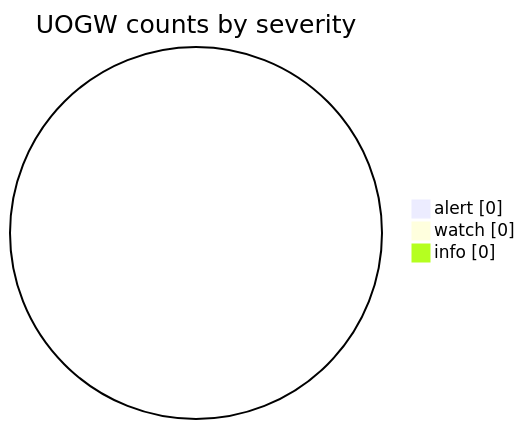
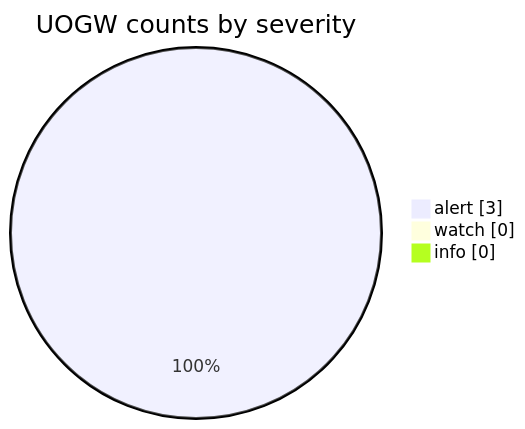
One commit to Midwest-Stratospheric/aerostratospheric-defense-gir changed the fourth of 6 diagrams in docs/GRAPHS.md. Above: the diagram before and after it, drawn with Mermaid. The commit also changed other lines of this file and 25 other files, not shown here.

````diff
--- a/docs/GRAPHS.md
+++ b/docs/GRAPHS.md
@@ -66,7 +66,7 @@
 ```mermaid
 pie showData
   title UOGW counts by severity
-  "alert" : 0
+  "alert" : 3
   "watch" : 0
   "info" : 0
 ```
````
